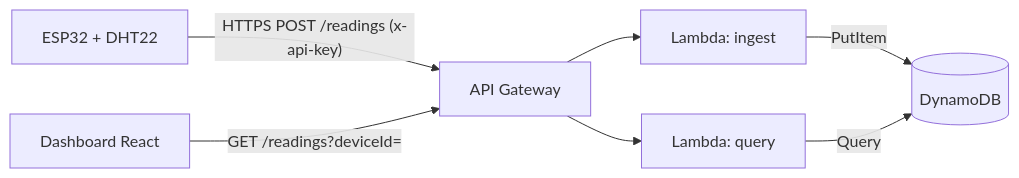
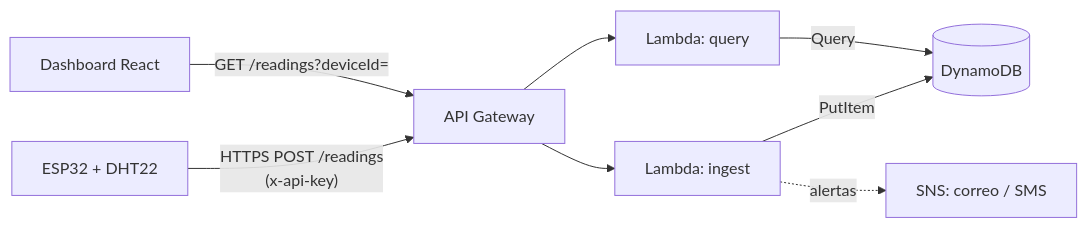
The second of 2 diagrams in README.md (Luiis24/iot-dashboard), drawn with Mermaid before and after one commit. The commit also changed other lines of this file, not shown here.

````diff
--- a/README.md
+++ b/README.md
@@ -27,9 +126,10 @@
 ```mermaid
 flowchart LR
-  ESP[ESP32 + DHT22] -- "HTTPS POST /readings (x-api-key)" --> APIGW[API Gateway]
+  ESP["ESP32 + DHT22"] -- "HTTPS POST /readings<br/>(x-api-key)" --> APIGW[API Gateway]
   APIGW --> L1[Lambda: ingest]
   L1 -- PutItem --> DDB[(DynamoDB)]
   UI[Dashboard React] -- "GET /readings?deviceId=" --> APIGW
   APIGW --> L2[Lambda: query]
   L2 -- Query --> DDB
+  L1 -. alertas .-> SNS[SNS: correo / SMS]
 ```
````
